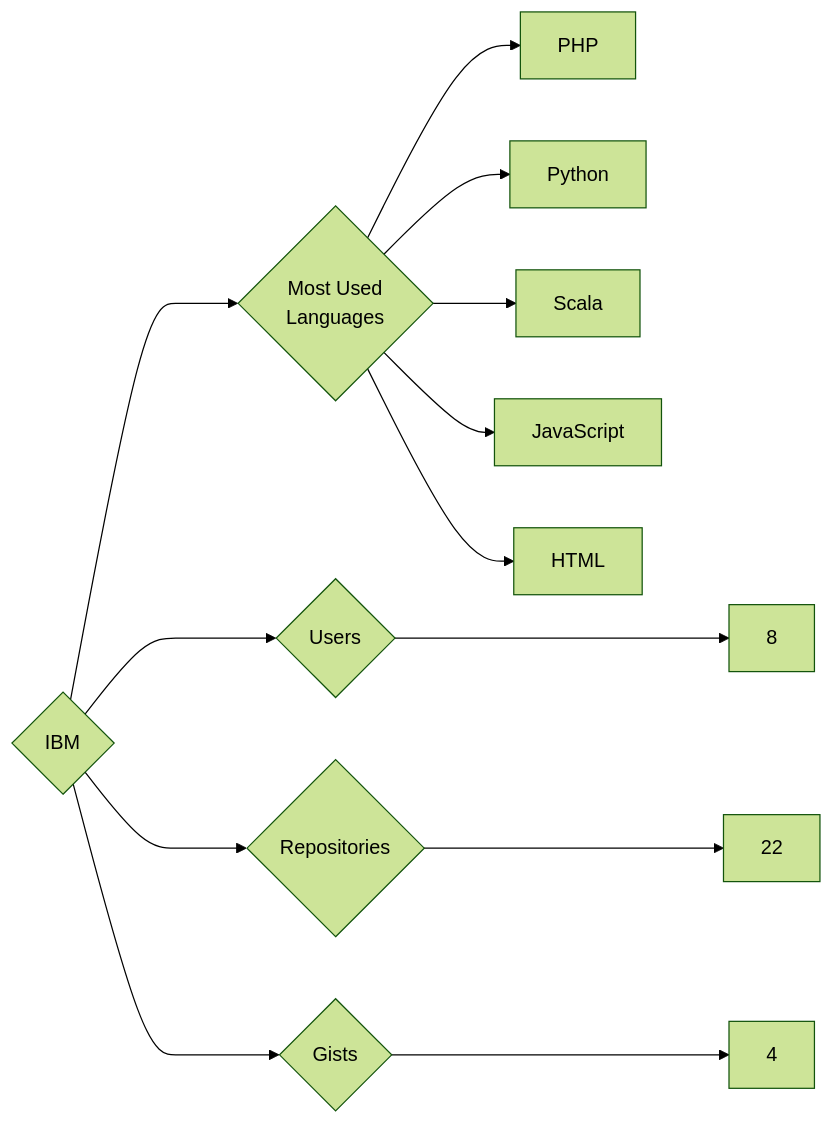
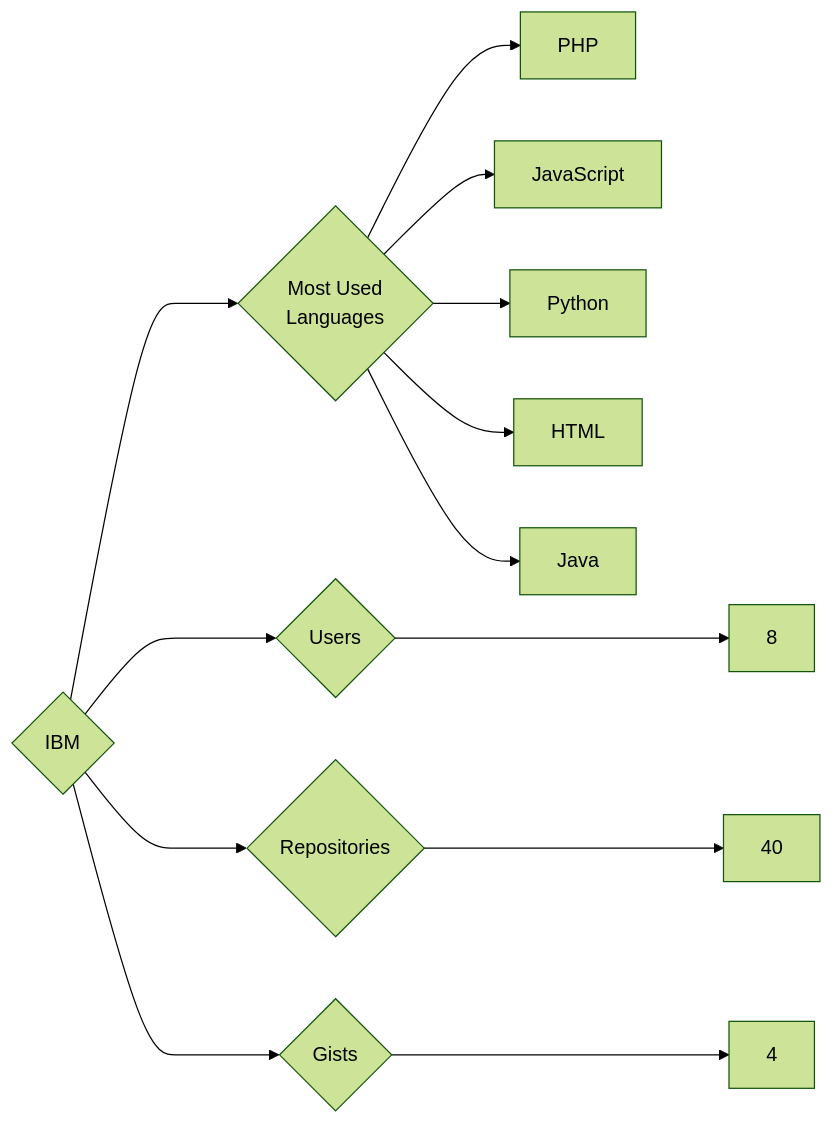
Before and after one commit to trickest/insiders: the diagram in targets/IBM/README.md, drawn with Mermaid (forest theme). The commit also changed 1120 other files, not shown here.

````diff
--- a/targets/IBM/README.md
+++ b/targets/IBM/README.md
@@ -3,13 +3,13 @@
 ```mermaid
 graph LR
 COMPANY_NAME{IBM}
 COMPANY_NAME ---> U{Users} ---> UN[8]
-COMPANY_NAME ---> R{Repositories} ---> RN[22]
+COMPANY_NAME ---> R{Repositories} ---> RN[40]
 COMPANY_NAME ---> G{Gists} ---> GN[4]
 COMPANY_NAME ---> ML{Most Used<br>Languages}
 ML --> PHP[PHP]
+ML --> JavaScript[JavaScript]
 ML --> Python[Python]
-ML --> Scala[Scala]
-ML --> JavaScript[JavaScript]
 ML --> HTML[HTML]
+ML --> Java[Java]
 ```
````
